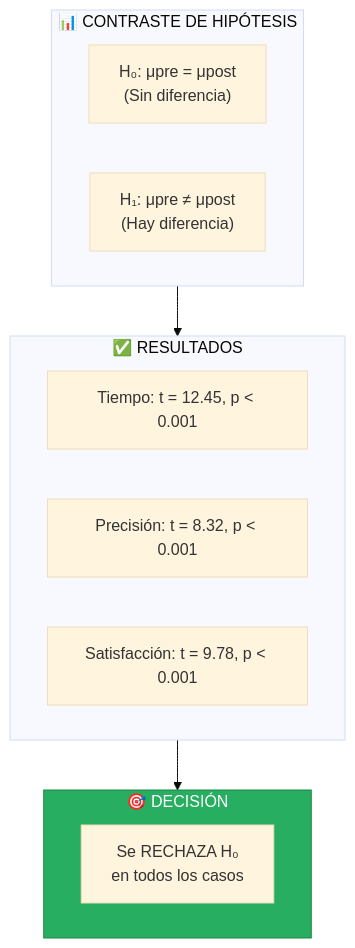
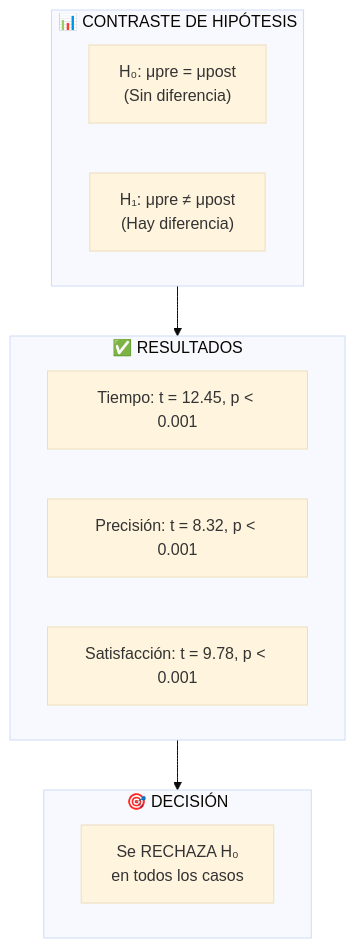
One commit to decagraff/LCService changed the fourth of 6 diagrams in docs/06-resultados.md. Above: the diagram before and after it, drawn with Mermaid (base theme). The commit also changed other lines of this file and 7 other files, not shown here.

````diff
--- a/docs/06-resultados.md
+++ b/docs/06-resultados.md
@@ -80,22 +80,21 @@
 ```mermaid
 flowchart TB
     subgraph hipotesis["📊 CONTRASTE DE HIPÓTESIS"]
         H0["H₀: μpre = μpost<br/>(Sin diferencia)"]
         H1["H₁: μpre ≠ μpost<br/>(Hay diferencia)"]
     end
 
     subgraph resultados["✅ RESULTADOS"]
         R1["Tiempo: t = 12.45, p < 0.001"]
         R2["Precisión: t = 8.32, p < 0.001"]
         R3["Satisfacción: t = 9.78, p < 0.001"]
     end
 
     subgraph decision["🎯 DECISIÓN"]
         D["Se RECHAZA H₀<br/>en todos los casos"]
     end
 
     hipotesis --> resultados
     resultados --> decision
 
-    style decision fill:#27ae60,stroke:#1e8449,color:#fff
 ```
````
